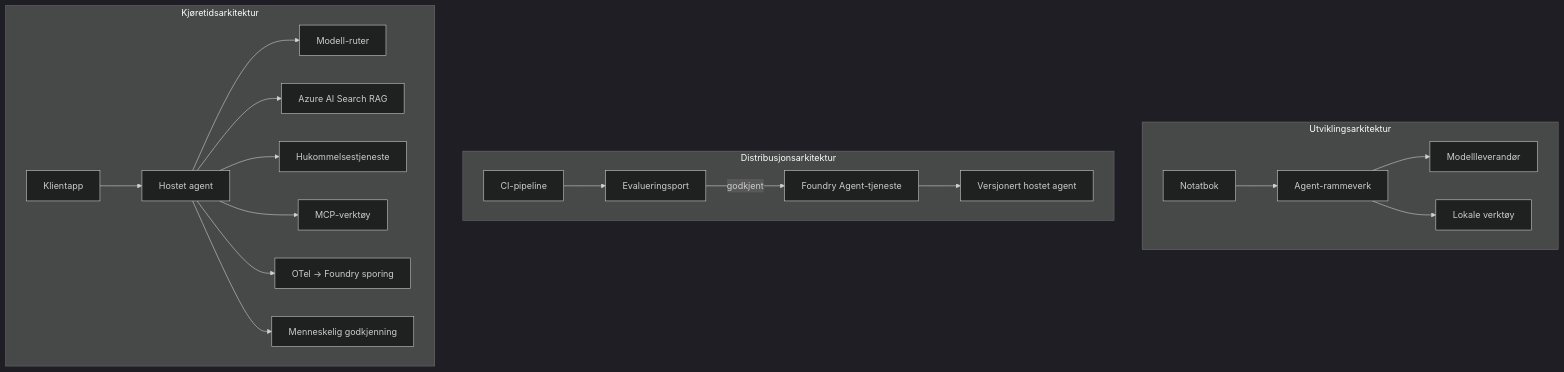
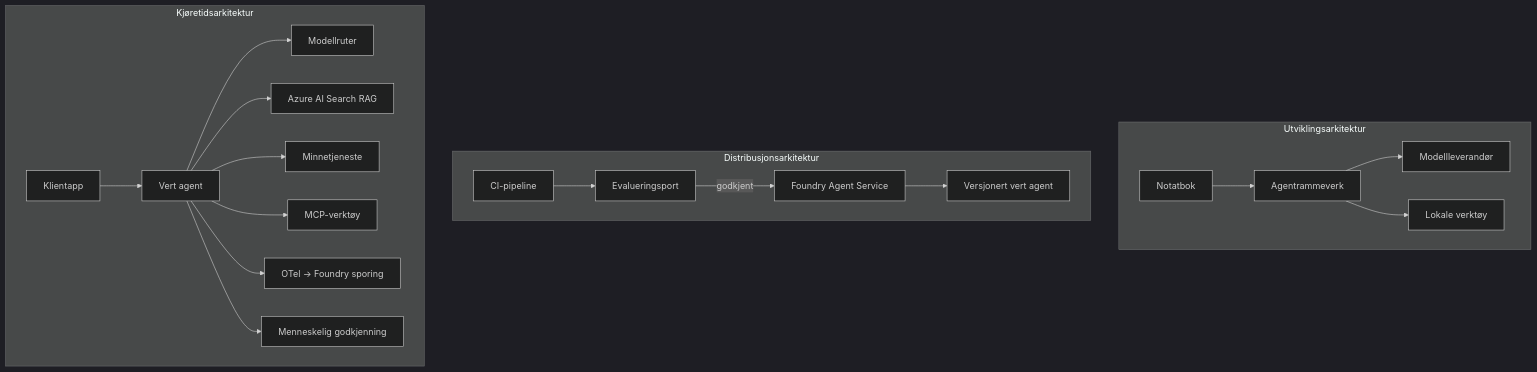
One commit to microsoft/ai-agents-for-beginners changed the fourth of 4 diagrams in translations/no/16-deploying-scalable-agents/README.md. Above: the diagram before and after it, drawn with Mermaid (dark theme). The commit also changed other lines of this file and 47 other files, not shown here.

````diff
--- a/translations/no/16-deploying-scalable-agents/README.md
+++ b/translations/no/16-deploying-scalable-agents/README.md
@@ -185,22 +185,22 @@
 ```mermaid
 flowchart TB
     subgraph Dev[Utviklingsarkitektur]
-        D1[Notatbok] --> D2[Agent-rammeverk]
+        D1[Notatbok] --> D2[Agentrammeverk]
         D2 --> D3[Modellleverandør]
         D2 --> D4[Lokale verktøy]
     end
     subgraph Deploy[Distribusjonsarkitektur]
         E1[CI-pipeline] --> E2[Evalueringsport]
-        E2 -->|godkjent| E3[Foundry Agent-tjeneste]
-        E3 --> E4[Versjonert hostet agent]
+        E2 -->|godkjent| E3[Foundry Agent Service]
+        E3 --> E4[Versjonert vert agent]
     end
     subgraph Run[Kjøretidsarkitektur]
-        F1[Klientapp] --> F2[Hostet agent]
-        F2 --> F3[Modell-ruter]
+        F1[Klientapp] --> F2[Vert agent]
+        F2 --> F3[Modellruter]
         F2 --> F4[Azure AI Search RAG]
-        F2 --> F5[Hukommelsestjeneste]
+        F2 --> F5[Minnetjeneste]
         F2 --> F6[MCP-verktøy]
         F2 --> F7[OTel -> Foundry sporing]
         F2 --> F8[Menneskelig godkjenning]
     end
 ```
````
